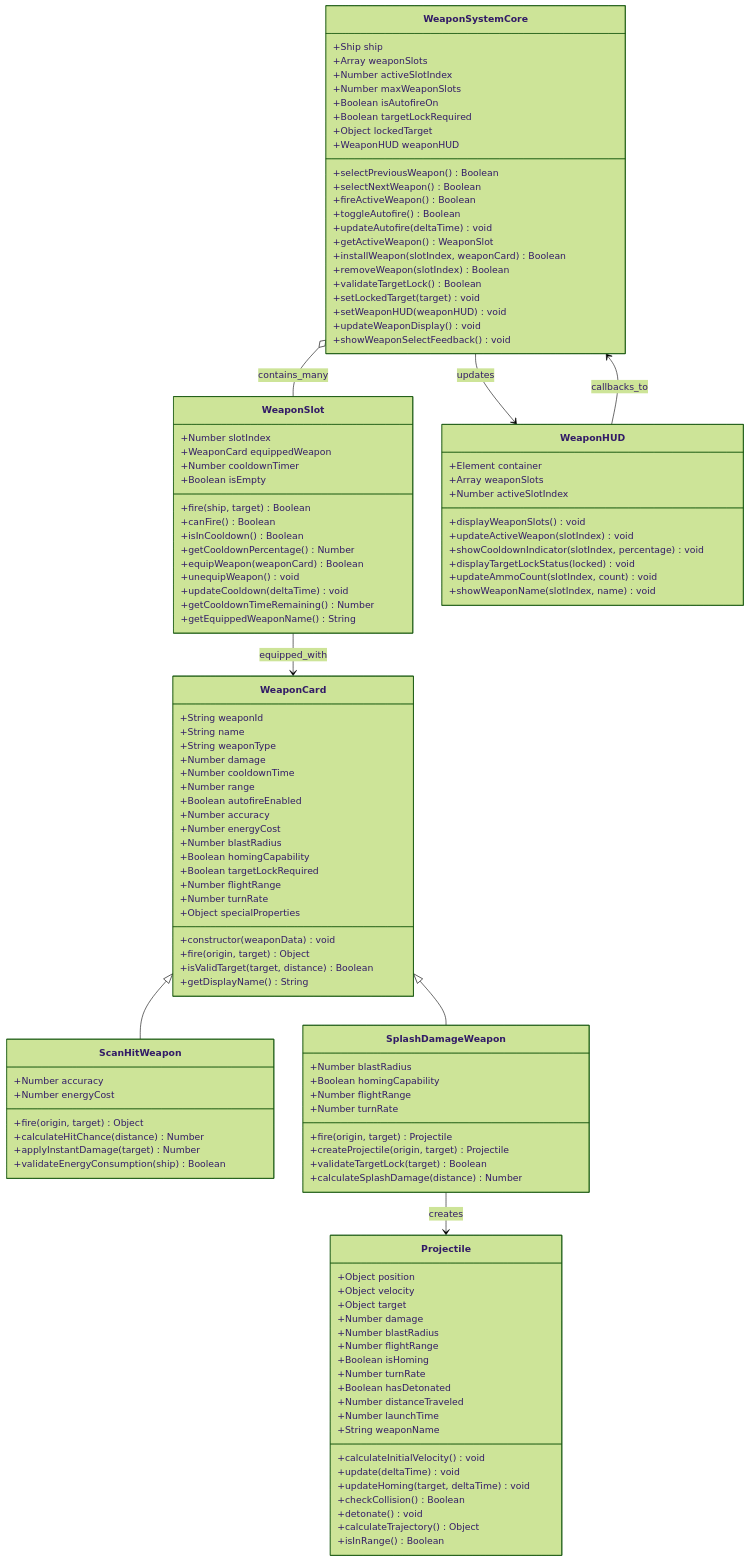
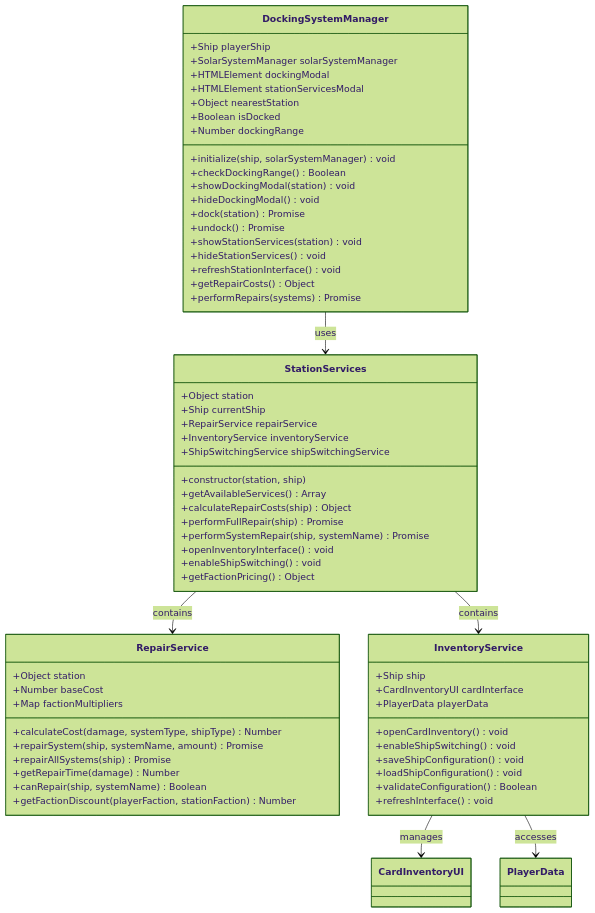
The sixth of 10 diagrams in docs/system_architecture.md (thoracle/planetz), drawn with Mermaid (forest theme) before and after one commit. The commit also changed other lines of this file and 3 other files, not shown here.

````diff
--- a/docs/system_architecture.md
+++ b/docs/system_architecture.md
@@ -753,126 +484,69 @@
 ```mermaid
 classDiagram
-    class WeaponSystemCore {
-        +Ship ship
-        +Array weaponSlots
-        +Number activeSlotIndex
-        +Number maxWeaponSlots
-        +Boolean isAutofireOn
-        +Boolean targetLockRequired
-        +Object lockedTarget
-        +WeaponHUD weaponHUD
-        +selectPreviousWeapon() Boolean
-        +selectNextWeapon() Boolean
-        +fireActiveWeapon() Boolean
-        +toggleAutofire() Boolean
-        +updateAutofire(deltaTime) void
-        +getActiveWeapon() WeaponSlot
-        +installWeapon(slotIndex, weaponCard) Boolean
-        +removeWeapon(slotIndex) Boolean
-        +validateTargetLock() Boolean
-        +setLockedTarget(target) void
-        +setWeaponHUD(weaponHUD) void
-        +updateWeaponDisplay() void
-        +showWeaponSelectFeedback() void
+    class DockingSystemManager {
+        +Ship playerShip
+        +SolarSystemManager solarSystemManager
+        +HTMLElement dockingModal
+        +HTMLElement stationServicesModal
+        +Object nearestStation
+        +Boolean isDocked
+        +Number dockingRange
+        +initialize(ship, solarSystemManager) void
+        +checkDockingRange() Boolean
+        +showDockingModal(station) void
+        +hideDockingModal() void
+        +dock(station) Promise
+        +undock() Promise
+        +showStationServices(station) void
+        +hideStationServices() void
+        +refreshStationInterface() void
+        +getRepairCosts() Object
+        +performRepairs(systems) Promise
     }
 
-    class WeaponSlot {
-        +Number slotIndex
-        +WeaponCard equippedWeapon
-        +Number cooldownTimer
-        +Boolean isEmpty
-        +fire(ship, target) Boolean
-        +canFire() Boolean
-        +isInCooldown() Boolean
-        +getCooldownPercentage() Number
-        +equipWeapon(weaponCard) Boolean
-        +unequipWeapon() void
-        +updateCooldown(deltaTime) void
-        +getCooldownTimeRemaining() Number
-        +getEquippedWeaponName() String
+    class StationServices {
+        +Object station
+        +Ship currentShip
+        +RepairService repairService
+        +InventoryService inventoryService
+        +ShipSwitchingService shipSwitchingService
+        +constructor(station, ship)
+        +getAvailableServices() Array
+        +calculateRepairCosts(ship) Object
+        +performFullRepair(ship) Promise
+        +performSystemRepair(ship, systemName) Promise
+        +openInventoryInterface() void
+        +enableShipSwitching() void
+        +getFactionPricing() Object
     }
 
-    class WeaponCard {
-        +String weaponId
-        +String name
-        +String weaponType
-        +Number damage
-        +Number cooldownTime
-        +Number range
-        +Boolean autofireEnabled
-        +Number accuracy
-        +Number energyCost
-        +Number blastRadius
-        +Boolean homingCapability
-        +Boolean targetLockRequired
-        +Number flightRange
-        +Number turnRate
-        +Object specialProperties
-        +constructor(weaponData) void
-        +fire(origin, target) Object
-        +isValidTarget(target, distance) Boolean
-        +getDisplayName() String
+    class RepairService {
+        +Object station
+        +Number baseCost
+        +Map factionMultipliers
+        +calculateCost(damage, systemType, shipType) Number
+        +repairSystem(ship, systemName, amount) Promise
+        +repairAllSystems(ship) Promise
+        +getRepairTime(damage) Number
+        +canRepair(ship, systemName) Boolean
+        +getFactionDiscount(playerFaction, stationFaction) Number
     }
 
-    class ScanHitWeapon {
-        +Number accuracy
-        +Number energyCost
-        +fire(origin, target) Object
-        +calculateHitChance(distance) Number
-        +applyInstantDamage(target) Number
-        +validateEnergyConsumption(ship) Boolean
+    class InventoryService {
+        +Ship ship
+        +CardInventoryUI cardInterface
+        +PlayerData playerData
+        +openCardInventory() void
+        +enableShipSwitching() void
+        +saveShipConfiguration() void
+        +loadShipConfiguration() void
+        +validateConfiguration() Boolean
+        +refreshInterface() void
     }
 
-    class SplashDamageWeapon {
-        +Number blastRadius
-        +Boolean homingCapability
-        +Number flightRange
-        +Number turnRate
-        +fire(origin, target) Projectile
-        +createProjectile(origin, target) Projectile
-        +validateTargetLock(target) Boolean
-        +calculateSplashDamage(distance) Number
-    }
-
-    class Projectile {
-        +Object position
-        +Object velocity
-        +Object target
-        +Number damage
-        +Number blastRadius
-        +Number flightRange
-        +Boolean isHoming
-        +Number turnRate
-        +Boolean hasDetonated
-        +Number distanceTraveled
-        +Number launchTime
-        +String weaponName
-        +calculateInitialVelocity() void
-        +update(deltaTime) void
-        +updateHoming(target, deltaTime) void
-        +checkCollision() Boolean
-        +detonate() void
-        +calculateTrajectory() Object
-        +isInRange() Boolean
-    }
-
-    class WeaponHUD {
-        +Element container
-        +Array weaponSlots
-        +Number activeSlotIndex
-        +displayWeaponSlots() void
-        +updateActiveWeapon(slotIndex) void
-        +showCooldownIndicator(slotIndex, percentage) void
-        +displayTargetLockStatus(locked) void
-        +updateAmmoCount(slotIndex, count) void
-        +showWeaponName(slotIndex, name) void
-    }
-
-    WeaponSystemCore o-- WeaponSlot : contains_many
-    WeaponSlot --> WeaponCard : equipped_with
-    WeaponCard <|-- ScanHitWeapon
-    WeaponCard <|-- SplashDamageWeapon
-    SplashDamageWeapon --> Projectile : creates
-    WeaponSystemCore --> WeaponHUD : updates
-    WeaponHUD --> WeaponSystemCore : callbacks_to
-``` 
+    DockingSystemManager --> StationServices : uses
+    StationServices --> RepairService : contains
+    StationServices --> InventoryService : contains
+    InventoryService --> CardInventoryUI : manages
+    InventoryService --> PlayerData : accesses
+```
````
